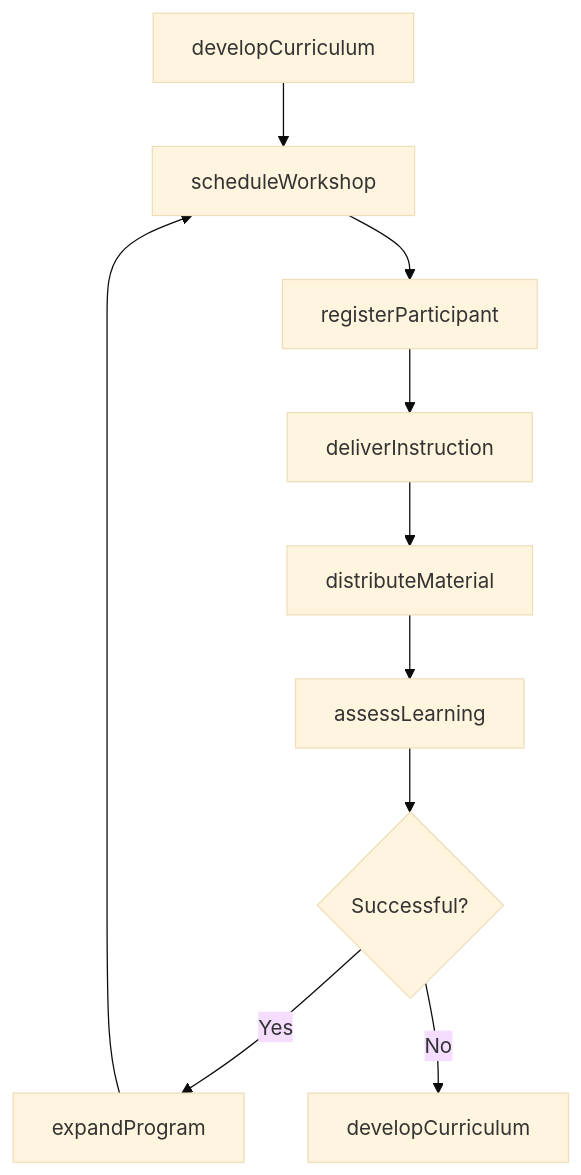
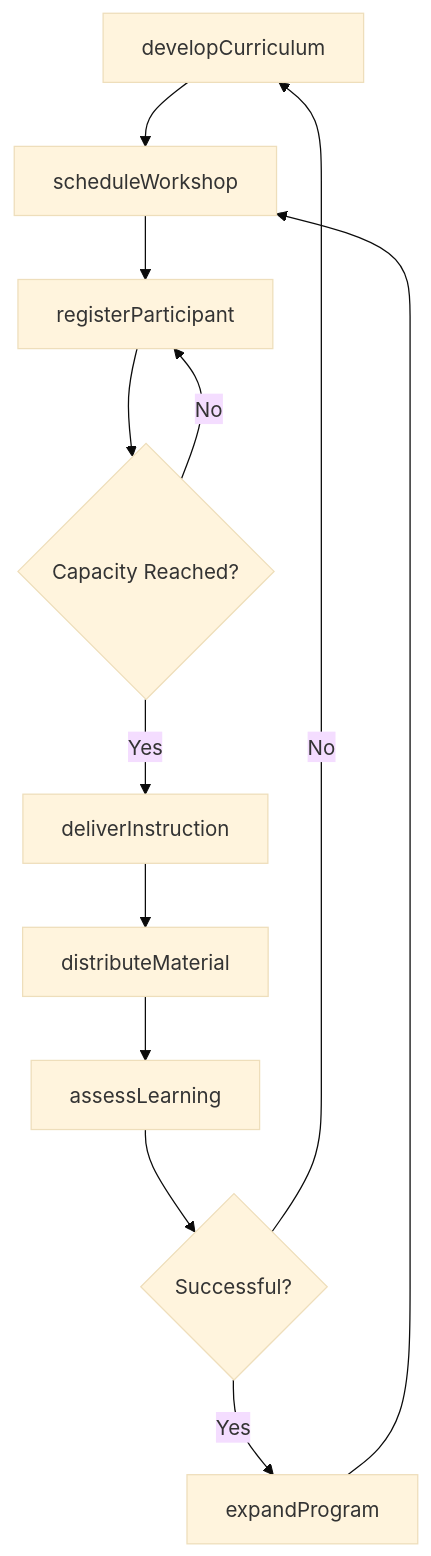
Before and after one commit to dot-org-ai/tasks.org.ai: the third of 4 diagrams in CommunicatingWithPeopleOutsideTheOrganization/ProvideInformationOrAssistanceToThePublic/ProvideEducationalInformationPublic.mdx, drawn with Mermaid (base theme). The commit also changed other lines of this file and 504 other files, not shown here.

First line of the commit message:
feat: Add ER diagrams, state diagrams, and workflow improvements to 96 DWA task files

````diff
--- a/CommunicatingWithPeopleOutsideTheOrganization/ProvideInformationOrAssistanceToThePublic/ProvideEducationalInformationPublic.mdx
+++ b/CommunicatingWithPeopleOutsideTheOrganization/ProvideInformationOrAssistanceToThePublic/ProvideEducationalInformationPublic.mdx
@@ -87,12 +115,14 @@
 ```mermaid
 graph TD
     A[developCurriculum] --> B[scheduleWorkshop]
     B --> C[registerParticipant]
-    C --> D[deliverInstruction]
-    D --> E[distributeMaterial]
-    E --> F[assessLearning]
-    F --> G{Successful?}
-    G -->|Yes| H[expandProgram]
-    G -->|No| I[developCurriculum]
-    H --> B
+    C --> D{Capacity Reached?}
+    D -->|Yes| E[deliverInstruction]
+    D -->|No| C
+    E --> F[distributeMaterial]
+    F --> G[assessLearning]
+    G --> H{Successful?}
+    H -->|Yes| I[expandProgram]
+    H -->|No| A
+    I --> B
 ```
````
